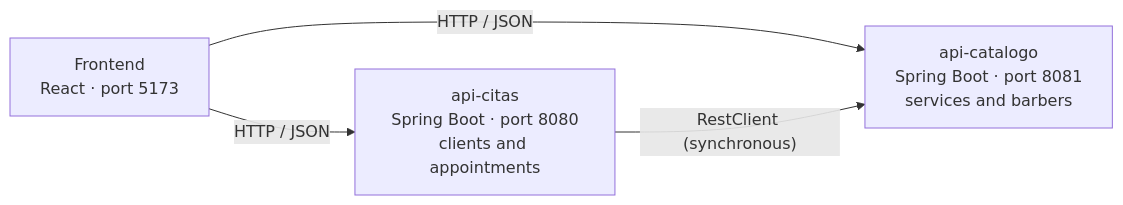
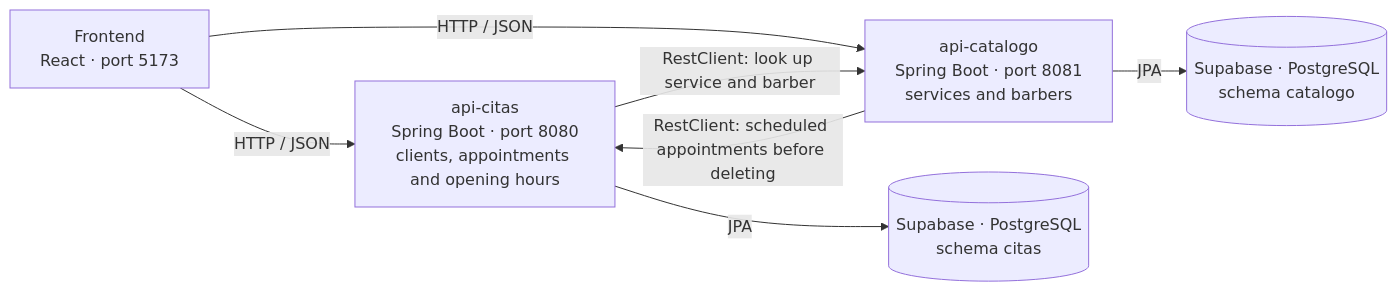
Before and after one commit to zrdqns/barberia-microservicios: the first of 2 diagrams in README.md, drawn with Mermaid. The commit also changed other lines of this file and 2 other files, not shown here.

````diff
--- a/README.md
+++ b/README.md
@@ -11,10 +11,15 @@
 ```mermaid
 flowchart LR
     F["Frontend<br/>React · port 5173"]
-    C["api-citas<br/>Spring Boot · port 8080<br/>clients and appointments"]
+    C["api-citas<br/>Spring Boot · port 8080<br/>clients, appointments and opening hours"]
     K["api-catalogo<br/>Spring Boot · port 8081<br/>services and barbers"]
+    DC[("Supabase · PostgreSQL<br/>schema citas")]
+    DK[("Supabase · PostgreSQL<br/>schema catalogo")]
 
     F -- "HTTP / JSON" --> C
     F -- "HTTP / JSON" --> K
-    C -- "RestClient (synchronous)" --> K
+    C -- "RestClient: look up service and barber" --> K
+    K -- "RestClient: scheduled appointments before deleting" --> C
+    C -- "JPA" --> DC
+    K -- "JPA" --> DK
 ```
````
